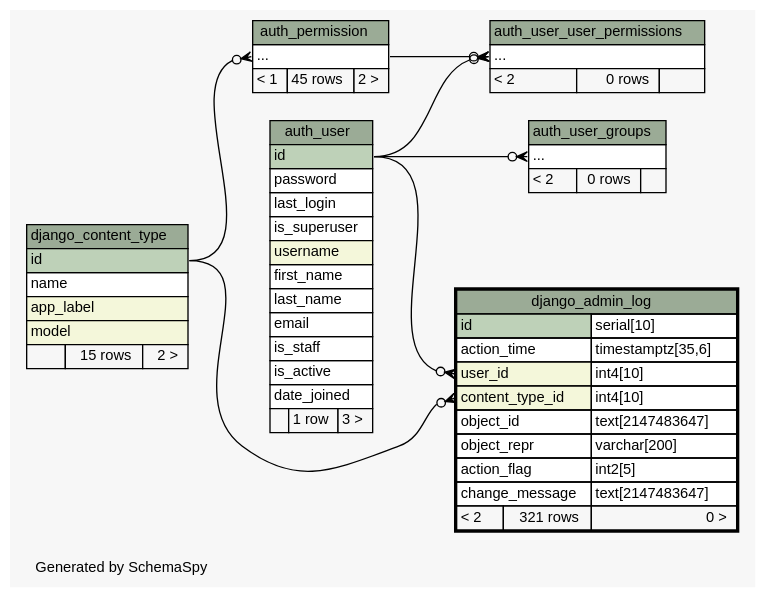
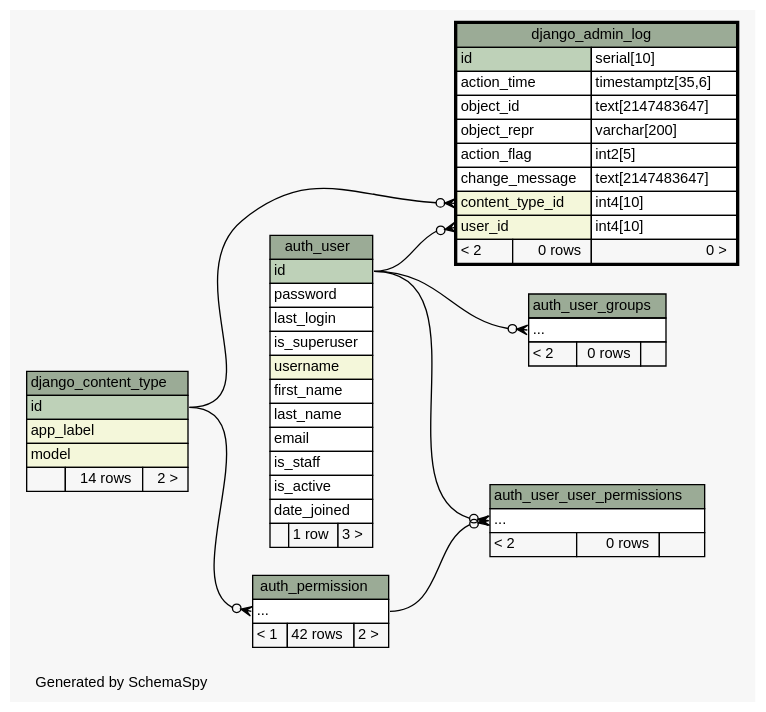
Before and after one commit to jingyayeah/multiscale-galactose: the diagram in database/schema/diagrams/django_admin_log.2degrees.dot, drawn with Graphviz. The commit also changed 220 other files, not shown here.

Commit message:
Database schema updated & refactoring the Simulation Factories

```diff
--- a/database/schema/diagrams/django_admin_log.2degrees.dot
+++ b/database/schema/diagrams/django_admin_log.2degrees.dot
@@ -1,108 +1,107 @@
-// dot 2.26.3 on Linux 3.11.0-12-generic
+// dot 2.36.0 on Linux 3.13.0-43-generic
 // SchemaSpy rev 590
 digraph "twoDegreesRelationshipsDiagram" {
   graph [
     rankdir="RL"
     bgcolor="#f7f7f7"
     label="\nGenerated by SchemaSpy"
     labeljust="l"
     nodesep="0.18"
     ranksep="0.46"
     fontname="Helvetica"
     fontsize="11"
   ];
   node [
     fontname="Helvetica"
     fontsize="11"
     shape="plaintext"
   ];
   edge [
     arrowsize="0.8"
   ];
   "auth_permission":"elipses":w -> "django_content_type":"id":e [arrowhead=none dir=back arrowtail=crowodot];
   "auth_user_groups":"elipses":w -> "auth_user":"id":e [arrowhead=none dir=back arrowtail=crowodot];
   "auth_user_user_permissions":"elipses":w -> "auth_permission":"elipses":e [arrowhead=none dir=back arrowtail=crowodot];
   "auth_user_user_permissions":"elipses":w -> "auth_user":"id":e [arrowhead=none dir=back arrowtail=crowodot];
   "django_admin_log":"content_type_id":w -> "django_content_type":"id":e [arrowhead=none dir=back arrowtail=crowodot];
   "django_admin_log":"user_id":w -> "auth_user":"id":e [arrowhead=none dir=back arrowtail=crowodot];
   "auth_permission" [
     label=<
     <TABLE BORDER="0" CELLBORDER="1" CELLSPACING="0" BGCOLOR="#ffffff">
       <TR><TD COLSPAN="3" BGCOLOR="#9bab96" ALIGN="CENTER">auth_permission</TD></TR>
       <TR><TD PORT="elipses" COLSPAN="3" ALIGN="LEFT">...</TD></TR>
-      <TR><TD ALIGN="LEFT" BGCOLOR="#f7f7f7">&lt; 1</TD><TD ALIGN="RIGHT" BGCOLOR="#f7f7f7">45 rows</TD><TD ALIGN="RIGHT" BGCOLOR="#f7f7f7">2 &gt;</TD></TR>
+      <TR><TD ALIGN="LEFT" BGCOLOR="#f7f7f7">&lt; 1</TD><TD ALIGN="RIGHT" BGCOLOR="#f7f7f7">42 rows</TD><TD ALIGN="RIGHT" BGCOLOR="#f7f7f7">2 &gt;</TD></TR>
     </TABLE>>
     URL="auth_permission.html"
     tooltip="auth_permission"
   ];
   "auth_user" [
     label=<
     <TABLE BORDER="0" CELLBORDER="1" CELLSPACING="0" BGCOLOR="#ffffff">
       <TR><TD COLSPAN="3" BGCOLOR="#9bab96" ALIGN="CENTER">auth_user</TD></TR>
       <TR><TD PORT="id" COLSPAN="3" BGCOLOR="#bed1b8" ALIGN="LEFT">id</TD></TR>
       <TR><TD PORT="password" COLSPAN="3" ALIGN="LEFT">password</TD></TR>
       <TR><TD PORT="last_login" COLSPAN="3" ALIGN="LEFT">last_login</TD></TR>
       <TR><TD PORT="is_superuser" COLSPAN="3" ALIGN="LEFT">is_superuser</TD></TR>
       <TR><TD PORT="username" COLSPAN="3" BGCOLOR="#f4f7da" ALIGN="LEFT">username</TD></TR>
       <TR><TD PORT="first_name" COLSPAN="3" ALIGN="LEFT">first_name</TD></TR>
       <TR><TD PORT="last_name" COLSPAN="3" ALIGN="LEFT">last_name</TD></TR>
       <TR><TD PORT="email" COLSPAN="3" ALIGN="LEFT">email</TD></TR>
       <TR><TD PORT="is_staff" COLSPAN="3" ALIGN="LEFT">is_staff</TD></TR>
       <TR><TD PORT="is_active" COLSPAN="3" ALIGN="LEFT">is_active</TD></TR>
       <TR><TD PORT="date_joined" COLSPAN="3" ALIGN="LEFT">date_joined</TD></TR>
       <TR><TD ALIGN="LEFT" BGCOLOR="#f7f7f7">  </TD><TD ALIGN="RIGHT" BGCOLOR="#f7f7f7">1 row</TD><TD ALIGN="RIGHT" BGCOLOR="#f7f7f7">3 &gt;</TD></TR>
     </TABLE>>
     URL="auth_user.html"
     tooltip="auth_user"
   ];
   "auth_user_groups" [
     label=<
     <TABLE BORDER="0" CELLBORDER="1" CELLSPACING="0" BGCOLOR="#ffffff">
       <TR><TD COLSPAN="3" BGCOLOR="#9bab96" ALIGN="CENTER">auth_user_groups</TD></TR>
       <TR><TD PORT="elipses" COLSPAN="3" ALIGN="LEFT">...</TD></TR>
       <TR><TD ALIGN="LEFT" BGCOLOR="#f7f7f7">&lt; 2</TD><TD ALIGN="RIGHT" BGCOLOR="#f7f7f7">0 rows</TD><TD ALIGN="RIGHT" BGCOLOR="#f7f7f7">  </TD></TR>
     </TABLE>>
     URL="auth_user_groups.html"
     tooltip="auth_user_groups"
   ];
   "auth_user_user_permissions" [
     label=<
     <TABLE BORDER="0" CELLBORDER="1" CELLSPACING="0" BGCOLOR="#ffffff">
       <TR><TD COLSPAN="3" BGCOLOR="#9bab96" ALIGN="CENTER">auth_user_user_permissions</TD></TR>
       <TR><TD PORT="elipses" COLSPAN="3" ALIGN="LEFT">...</TD></TR>
       <TR><TD ALIGN="LEFT" BGCOLOR="#f7f7f7">&lt; 2</TD><TD ALIGN="RIGHT" BGCOLOR="#f7f7f7">0 rows</TD><TD ALIGN="RIGHT" BGCOLOR="#f7f7f7">  </TD></TR>
     </TABLE>>
     URL="auth_user_user_permissions.html"
     tooltip="auth_user_user_permissions"
   ];
   "django_admin_log" [
     label=<
     <TABLE BORDER="2" CELLBORDER="1" CELLSPACING="0" BGCOLOR="#ffffff">
       <TR><TD COLSPAN="3" BGCOLOR="#9bab96" ALIGN="CENTER">django_admin_log</TD></TR>
       <TR><TD PORT="id" COLSPAN="2" BGCOLOR="#bed1b8" ALIGN="LEFT">id</TD><TD PORT="id.type" ALIGN="LEFT">serial[10]</TD></TR>
       <TR><TD PORT="action_time" COLSPAN="2" ALIGN="LEFT">action_time</TD><TD PORT="action_time.type" ALIGN="LEFT">timestamptz[35,6]</TD></TR>
-      <TR><TD PORT="user_id" COLSPAN="2" BGCOLOR="#f4f7da" ALIGN="LEFT">user_id</TD><TD PORT="user_id.type" ALIGN="LEFT">int4[10]</TD></TR>
-      <TR><TD PORT="content_type_id" COLSPAN="2" BGCOLOR="#f4f7da" ALIGN="LEFT">content_type_id</TD><TD PORT="content_type_id.type" ALIGN="LEFT">int4[10]</TD></TR>
       <TR><TD PORT="object_id" COLSPAN="2" ALIGN="LEFT">object_id</TD><TD PORT="object_id.type" ALIGN="LEFT">text[2147483647]</TD></TR>
       <TR><TD PORT="object_repr" COLSPAN="2" ALIGN="LEFT">object_repr</TD><TD PORT="object_repr.type" ALIGN="LEFT">varchar[200]</TD></TR>
       <TR><TD PORT="action_flag" COLSPAN="2" ALIGN="LEFT">action_flag</TD><TD PORT="action_flag.type" ALIGN="LEFT">int2[5]</TD></TR>
       <TR><TD PORT="change_message" COLSPAN="2" ALIGN="LEFT">change_message</TD><TD PORT="change_message.type" ALIGN="LEFT">text[2147483647]</TD></TR>
-      <TR><TD ALIGN="LEFT" BGCOLOR="#f7f7f7">&lt; 2</TD><TD ALIGN="RIGHT" BGCOLOR="#f7f7f7">321 rows</TD><TD ALIGN="RIGHT" BGCOLOR="#f7f7f7">0 &gt;</TD></TR>
+      <TR><TD PORT="content_type_id" COLSPAN="2" BGCOLOR="#f4f7da" ALIGN="LEFT">content_type_id</TD><TD PORT="content_type_id.type" ALIGN="LEFT">int4[10]</TD></TR>
+      <TR><TD PORT="user_id" COLSPAN="2" BGCOLOR="#f4f7da" ALIGN="LEFT">user_id</TD><TD PORT="user_id.type" ALIGN="LEFT">int4[10]</TD></TR>
+      <TR><TD ALIGN="LEFT" BGCOLOR="#f7f7f7">&lt; 2</TD><TD ALIGN="RIGHT" BGCOLOR="#f7f7f7">0 rows</TD><TD ALIGN="RIGHT" BGCOLOR="#f7f7f7">0 &gt;</TD></TR>
     </TABLE>>
     URL="django_admin_log.html"
     tooltip="django_admin_log"
   ];
   "django_content_type" [
     label=<
     <TABLE BORDER="0" CELLBORDER="1" CELLSPACING="0" BGCOLOR="#ffffff">
       <TR><TD COLSPAN="3" BGCOLOR="#9bab96" ALIGN="CENTER">django_content_type</TD></TR>
       <TR><TD PORT="id" COLSPAN="3" BGCOLOR="#bed1b8" ALIGN="LEFT">id</TD></TR>
-      <TR><TD PORT="name" COLSPAN="3" ALIGN="LEFT">name</TD></TR>
       <TR><TD PORT="app_label" COLSPAN="3" BGCOLOR="#f4f7da" ALIGN="LEFT">app_label</TD></TR>
       <TR><TD PORT="model" COLSPAN="3" BGCOLOR="#f4f7da" ALIGN="LEFT">model</TD></TR>
-      <TR><TD ALIGN="LEFT" BGCOLOR="#f7f7f7">  </TD><TD ALIGN="RIGHT" BGCOLOR="#f7f7f7">15 rows</TD><TD ALIGN="RIGHT" BGCOLOR="#f7f7f7">2 &gt;</TD></TR>
+      <TR><TD ALIGN="LEFT" BGCOLOR="#f7f7f7">  </TD><TD ALIGN="RIGHT" BGCOLOR="#f7f7f7">14 rows</TD><TD ALIGN="RIGHT" BGCOLOR="#f7f7f7">2 &gt;</TD></TR>
     </TABLE>>
     URL="django_content_type.html"
     tooltip="django_content_type"
   ];
 }
```
